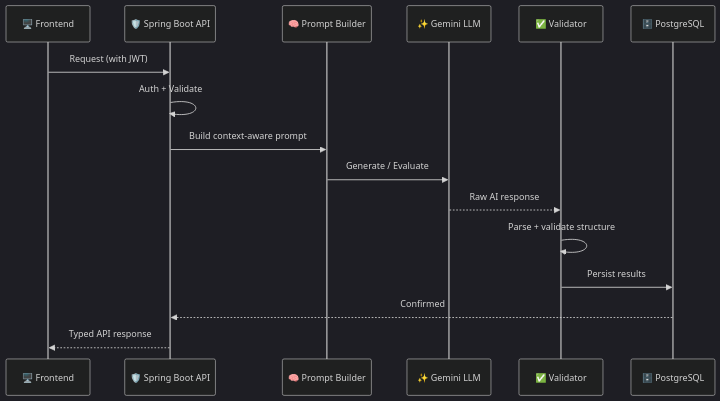
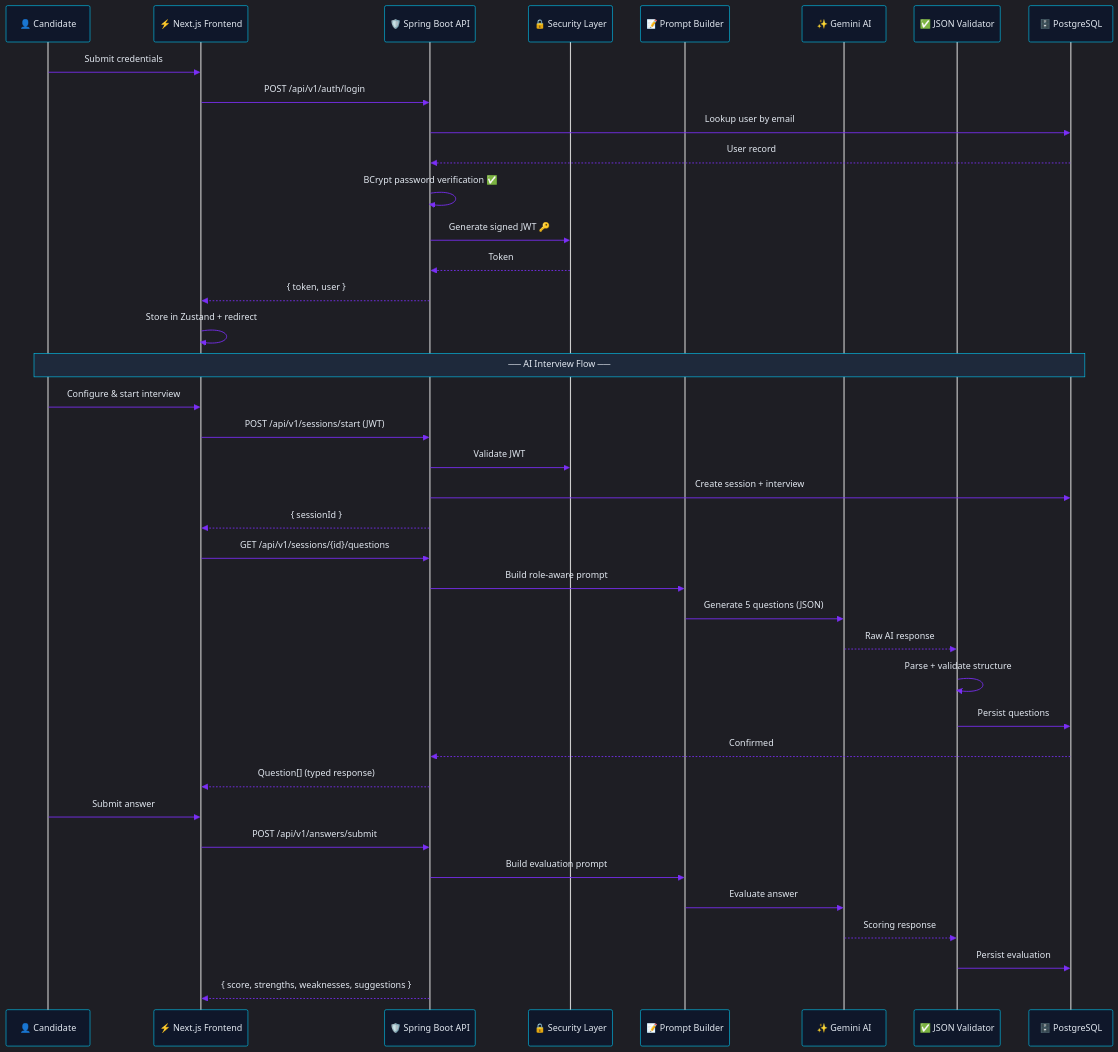
The third of 6 diagrams in README.md (Jawahar08/interviewforge-ai), drawn with Mermaid before and after one commit. The commit also changed other lines of this file and 6 other files, not shown here.

Commit message:
docs: complete rewrite of README with animations, architecture diagrams, and updated features

````diff
--- a/README.md
+++ b/README.md
@@ -217,21 +395,48 @@
 ```mermaid
-%%{init: {'theme': 'dark', 'themeVariables': { 'primaryColor': '#1e293b', 'primaryTextColor': '#e2e8f0', 'primaryBorderColor': '#7b2ff7', 'lineColor': '#00d2ff', 'fontFamily': 'Segoe UI, sans-serif'}}}%%
+%%{init: {'theme': 'dark', 'themeVariables': { 'actorBkg': '#0f172a', 'actorBorder': '#00d2ff', 'actorTextColor': '#e2e8f0', 'signalColor': '#7b2ff7', 'signalTextColor': '#e2e8f0', 'labelBoxBkgColor': '#0f172a', 'labelBoxBorderColor': '#00d2ff', 'labelTextColor': '#e2e8f0', 'noteBkgColor': '#1e293b', 'noteTextColor': '#e2e8f0', 'noteBorderColor': '#00d2ff', 'fontFamily': 'JetBrains Mono, monospace'}}}%%
 
 sequenceDiagram
-    participant F as 🖥️ Frontend
+    participant C as 👤 Candidate
+    participant F as ⚡ Next.js Frontend
     participant A as 🛡️ Spring Boot API
-    participant P as 🧠 Prompt Builder
-    participant L as ✨ Gemini LLM
-    participant V as ✅ Validator
+    participant S as 🔒 Security Layer
+    participant P as 📝 Prompt Builder
+    participant G as ✨ Gemini AI
+    participant V as ✅ JSON Validator
     participant D as 🗄️ PostgreSQL
 
-    F->>A: Request (with JWT)
-    A->>A: Auth + Validate
-    A->>P: Build context-aware prompt
-    P->>L: Generate / Evaluate
-    L-->>V: Raw AI response
+    C->>F: Submit credentials
+    F->>A: POST /api/v1/auth/login
+    A->>D: Lookup user by email
+    D-->>A: User record
+    A->>A: BCrypt password verification ✅
+    A->>S: Generate signed JWT 🔑
+    S-->>A: Token
+    A-->>F: { token, user }
+    F->>F: Store in Zustand + redirect
+
+    Note over C,D: ── AI Interview Flow ──
+
+    C->>F: Configure & start interview
+    F->>A: POST /api/v1/sessions/start (JWT)
+    A->>S: Validate JWT
+    A->>D: Create session + interview
+    A-->>F: { sessionId }
+
+    F->>A: GET /api/v1/sessions/{id}/questions
+    A->>P: Build role-aware prompt
+    P->>G: Generate 5 questions (JSON)
+    G-->>V: Raw AI response
     V->>V: Parse + validate structure
-    V->>D: Persist results
+    V->>D: Persist questions
     D-->>A: Confirmed
-    A-->>F: Typed API response
+    A-->>F: Question[] (typed response)
+
+    C->>F: Submit answer
+    F->>A: POST /api/v1/answers/submit
+    A->>P: Build evaluation prompt
+    P->>G: Evaluate answer
+    G-->>V: Scoring response
+    V->>D: Persist evaluation
+    A-->>F: { score, strengths, weaknesses, suggestions }
 ```
````
